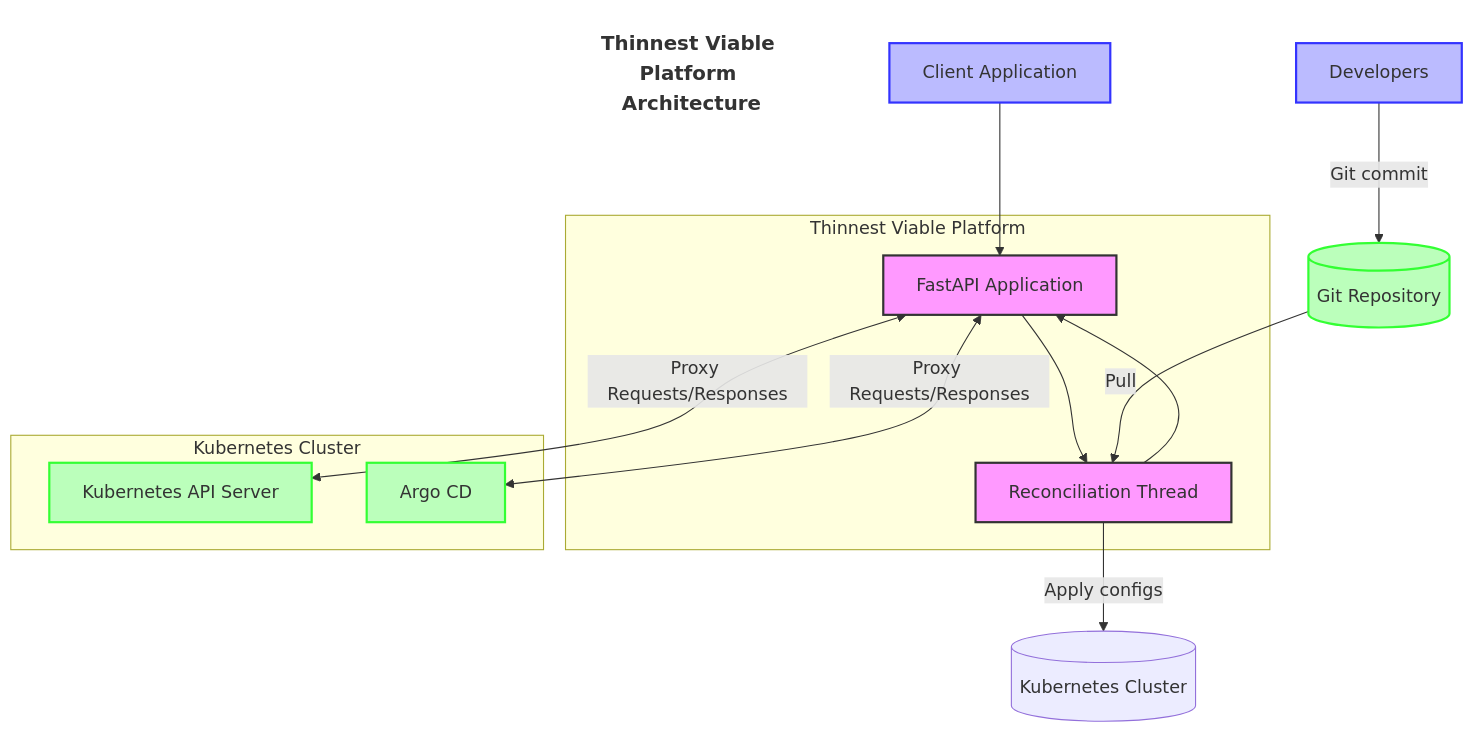
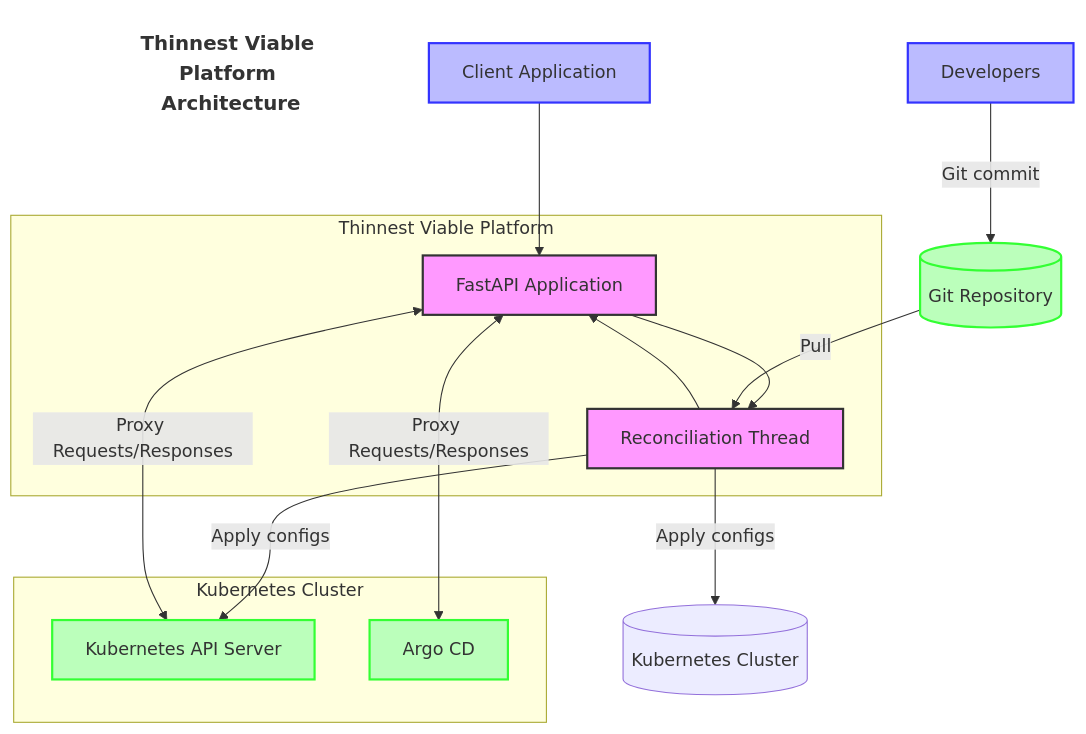
The diagram in fastapi/mermaid/tvp-architecture-diagram.mermaid (lloydchang/tvp-k8s), drawn with Mermaid before and after one commit. The commit also changed 1 other file, not shown here.

```diff
--- a/fastapi/mermaid/tvp-architecture-diagram.mermaid
+++ b/fastapi/mermaid/tvp-architecture-diagram.mermaid
@@ -1,31 +1,32 @@
 flowchart TB
     title[Thinnest Viable Platform Architecture]
     style title fill:none,stroke:none,font-size:18px,font-weight:bold
     subgraph "Thinnest Viable Platform"
         API[FastAPI Application]
         RT[Reconciliation Thread]
         
         API --> RT
         RT --> API
     end
     
     Dev[Developers] -->|Git commit| GitRepo[(Git Repository)]
     GitRepo -->|Pull| RT
+    RT -->|Apply configs| KubernetesAPI
     RT -->|Apply configs| Kubernetes[(Kubernetes Cluster)]
     
     subgraph "Kubernetes Cluster"
         KubernetesAPI[Kubernetes API Server]
         ArgoCD[Argo CD]
     end
     
     Client[Client Application] --> API
     API <-->|Proxy Requests/Responses| KubernetesAPI
     API <-->|Proxy Requests/Responses| ArgoCD
     
     classDef platform fill:#f9f,stroke:#333,stroke-width:2px
     classDef external fill:#bfb,stroke:#3f3,stroke-width:2px
     classDef user fill:#bbf,stroke:#33f,stroke-width:2px
     
     class API,RT platform
     class KubernetesAPI,ArgoCD,GitRepo external
     class Dev,Client user
```
